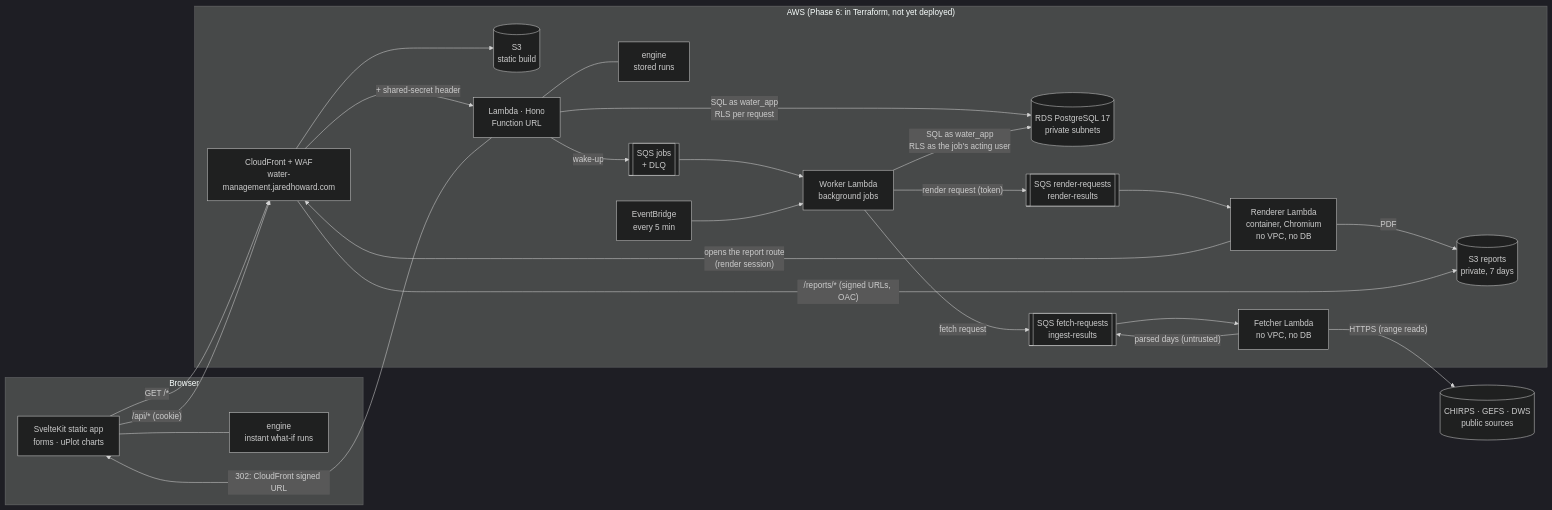
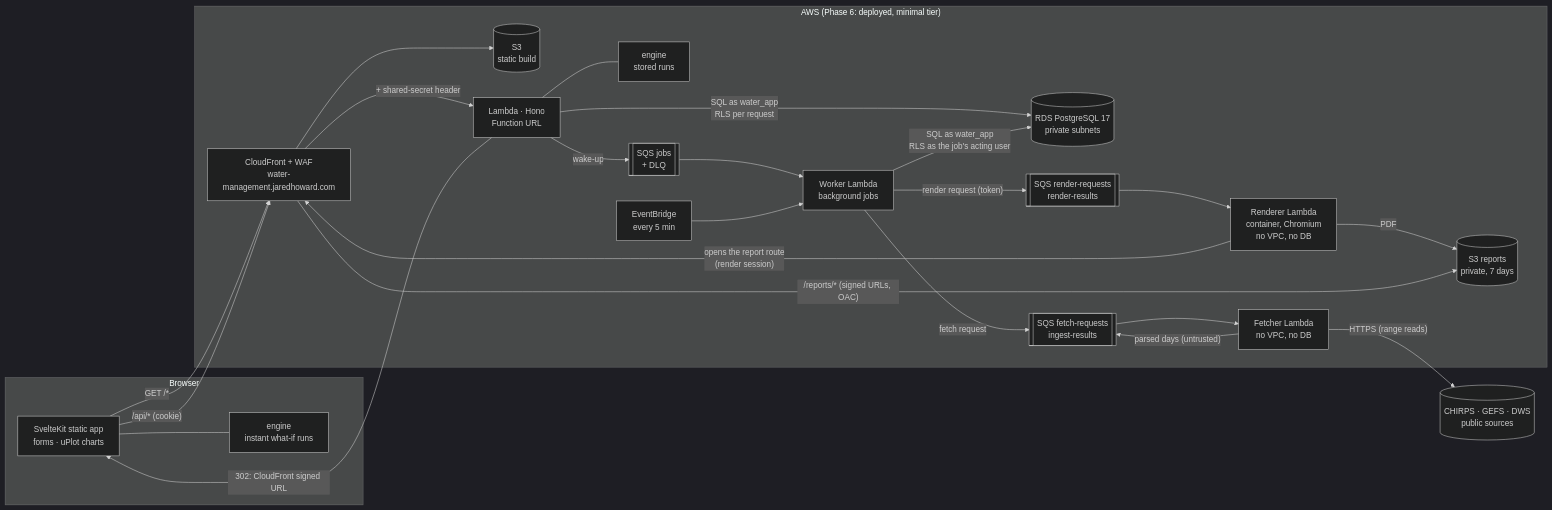
One commit to Absence0760/project-water-management changed the first of 4 diagrams in docs/architecture.md. Above: the diagram before and after it, drawn with Mermaid (dark theme). The commit also changed 11 other files, not shown here.

````diff
--- a/docs/architecture.md
+++ b/docs/architecture.md
@@ -10,41 +10,41 @@
 ```mermaid
 flowchart LR
   subgraph Browser
     UI[SvelteKit static app<br/>forms · uPlot charts]
     EB[engine<br/>instant what-if runs]
     UI --- EB
   end
 
-  subgraph AWS["AWS (Phase 6: in Terraform, not yet deployed)"]
+  subgraph AWS["AWS (Phase 6: deployed, minimal tier)"]
     CF[CloudFront + WAF<br/>water-management.jaredhoward.com]
     S3[(S3<br/>static build)]
     L[Lambda · Hono<br/>Function URL]
     EL[engine<br/>stored runs]
     DB[(RDS PostgreSQL 17<br/>private subnets)]
     Q[[SQS jobs<br/>+ DLQ]]
     T[EventBridge<br/>every 5 min]
     W[Worker Lambda<br/>background jobs]
     FQ[[SQS fetch-requests<br/>ingest-results]]
     FL[Fetcher Lambda<br/>no VPC, no DB]
     RQ[[SQS render-requests<br/>render-results]]
     RL[Renderer Lambda<br/>container, Chromium<br/>no VPC, no DB]
     RB[(S3 reports<br/>private, 7 days)]
     L --- EL
   end
   SRC[(CHIRPS · GEFS · DWS<br/>public sources)]
 
   UI -- "GET /*" --> CF --> S3
   UI -- "/api/* (cookie)" --> CF -- "+ shared-secret header" --> L
   L -- "SQL as water_app<br/>RLS per request" --> DB
   L -- "wake-up" --> Q --> W
   T --> W
   W -- "SQL as water_app<br/>RLS as the job's acting user" --> DB
   W -- "fetch request" --> FQ --> FL
   FL -- "HTTPS (range reads)" --> SRC
   FL -- "parsed days (untrusted)" --> FQ
   W -- "render request (token)" --> RQ --> RL
   RL -- "opens the report route<br/>(render session)" --> CF
   RL -- "PDF" --> RB
   L -- "302: CloudFront signed URL" --> UI
   CF -- "/reports/* (signed URLs, OAC)" --> RB
 ```
````
